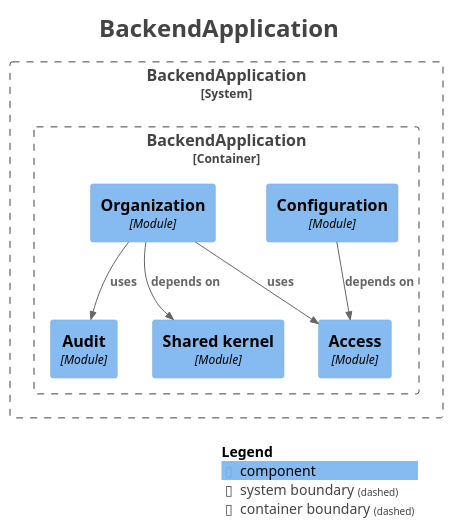
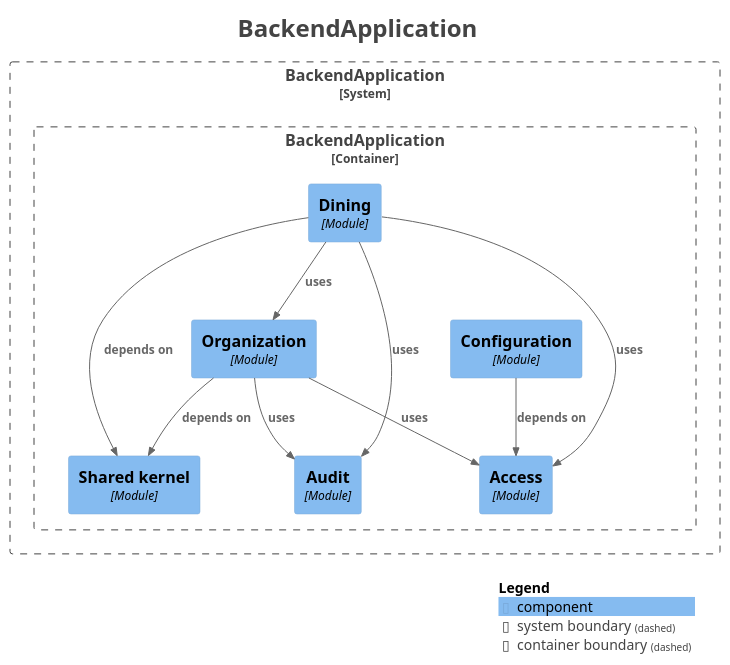
The diagram in docs/architecture/modules/components.puml (fxavier/restaurantePRO), drawn with PlantUML before and after one commit. The commit also changed 2 other files, not shown here.

Commit message:
docs: regenerate module docs after S3 merge
Why: slices commit only their own module docs; shared aggregates are regenerated on integration.
What: all-docs.adoc, components.puml and touched module diagrams from the Documenter test.
Proof: generated by ModularityTests during the full run (186 green).

```diff
--- a/docs/architecture/modules/components.puml
+++ b/docs/architecture/modules/components.puml
@@ -1,36 +1,41 @@
 @startuml
 title <size:24>BackendApplication</size>
 
 set separator none
 top to bottom direction
 
 <style>
   root {
     BackgroundColor: #ffffff
     FontColor: #444444
   }
 </style>
 
 !include <C4/C4>
 !include <C4/C4_Context>
 !include <C4/C4_Component>
 
 System_Boundary("BackendApplication_boundary", "BackendApplication", $tags="") {
   Container_Boundary("BackendApplication.BackendApplication_boundary", "BackendApplication", $tags="") {
     Component(BackendApplication.BackendApplication.Access, "Access", $techn="Module", $descr="", $tags="", $link="")
     Component(BackendApplication.BackendApplication.Audit, "Audit", $techn="Module", $descr="", $tags="", $link="")
     Component(BackendApplication.BackendApplication.Sharedkernel, "Shared kernel", $techn="Module", $descr="", $tags="", $link="")
     Component(BackendApplication.BackendApplication.Configuration, "Configuration", $techn="Module", $descr="", $tags="", $link="")
     Component(BackendApplication.BackendApplication.Organization, "Organization", $techn="Module", $descr="", $tags="", $link="")
+    Component(BackendApplication.BackendApplication.Dining, "Dining", $techn="Module", $descr="", $tags="", $link="")
   }
 
 }
 
+Rel(BackendApplication.BackendApplication.Dining, BackendApplication.BackendApplication.Audit, "uses", $techn="", $tags="", $link="")
+Rel(BackendApplication.BackendApplication.Dining, BackendApplication.BackendApplication.Access, "uses", $techn="", $tags="", $link="")
+Rel(BackendApplication.BackendApplication.Dining, BackendApplication.BackendApplication.Organization, "uses", $techn="", $tags="", $link="")
+Rel(BackendApplication.BackendApplication.Organization, BackendApplication.BackendApplication.Sharedkernel, "depends on", $techn="", $tags="", $link="")
 Rel(BackendApplication.BackendApplication.Organization, BackendApplication.BackendApplication.Audit, "uses", $techn="", $tags="", $link="")
 Rel(BackendApplication.BackendApplication.Organization, BackendApplication.BackendApplication.Access, "uses", $techn="", $tags="", $link="")
 Rel(BackendApplication.BackendApplication.Configuration, BackendApplication.BackendApplication.Access, "depends on", $techn="", $tags="", $link="")
-Rel(BackendApplication.BackendApplication.Organization, BackendApplication.BackendApplication.Sharedkernel, "depends on", $techn="", $tags="", $link="")
+Rel(BackendApplication.BackendApplication.Dining, BackendApplication.BackendApplication.Sharedkernel, "depends on", $techn="", $tags="", $link="")
 
 SHOW_LEGEND(true)
 hide stereotypes
 @enduml
```
